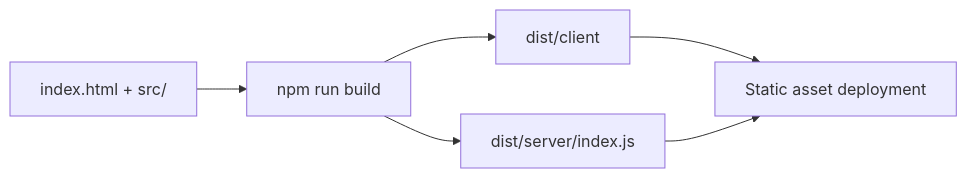
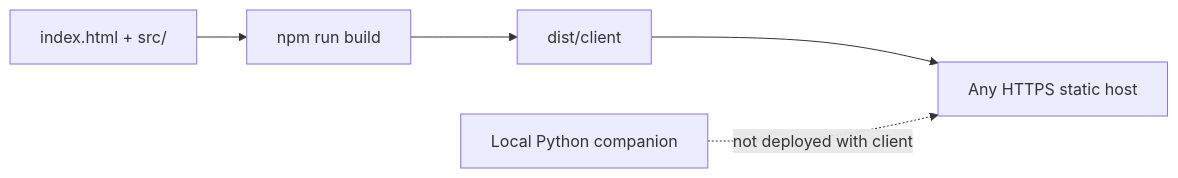
Before and after one commit to sumarahmed/AINotesBuddy: the second of 2 diagrams in docs/ARCHITECTURE.md, drawn with Mermaid. The commit also changed other lines of this file and 38 other files, not shown here.

````diff
--- a/docs/ARCHITECTURE.md
+++ b/docs/ARCHITECTURE.md
@@ -129,8 +233,7 @@
 ```mermaid
 flowchart LR
     Source["index.html + src/"] --> Build["npm run build"]
     Build --> Client["dist/client"]
-    Build --> Worker["dist/server/index.js"]
-    Client --> Deployment["Static asset deployment"]
-    Worker --> Deployment
+    Client --> StaticHost["Any HTTPS static host"]
+    Companion["Local Python companion"] -. "not deployed with client" .-> StaticHost
 ```
````
